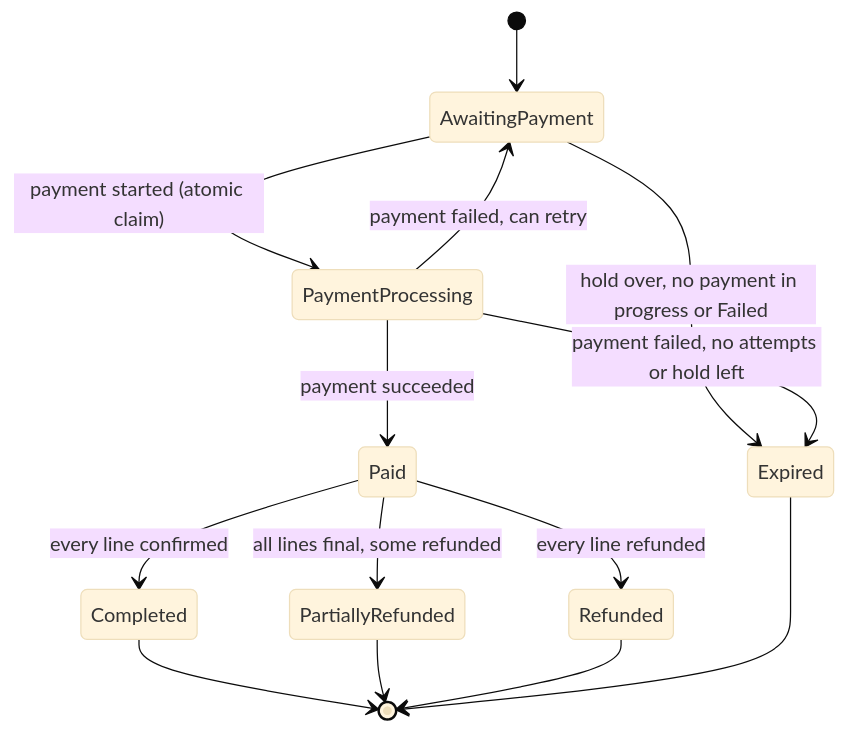
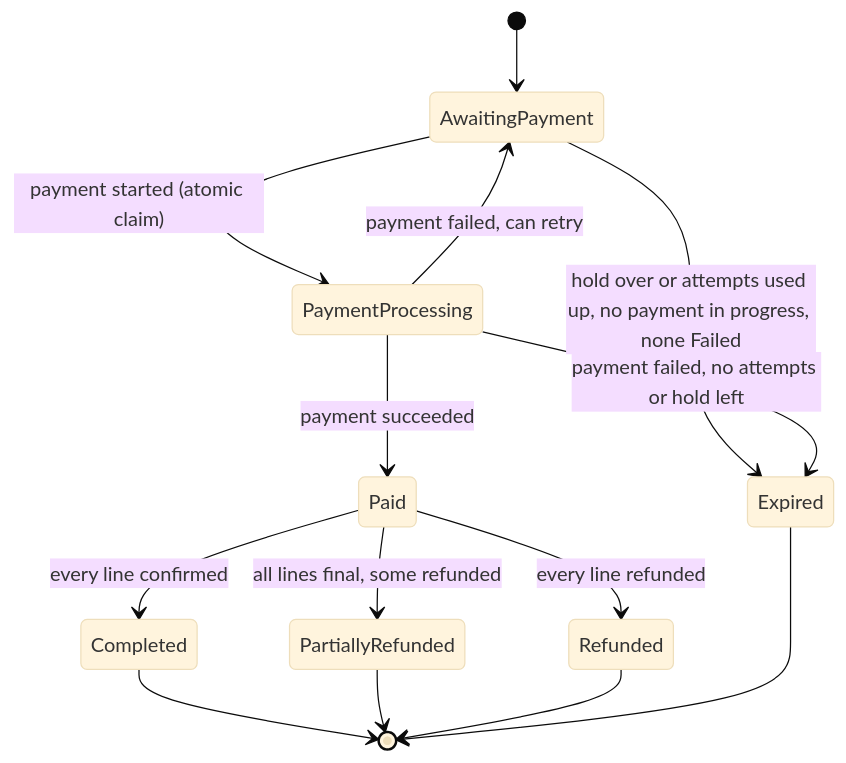
Before and after one commit to popiazaza/lumen-goods: the fourth of 4 diagrams in DESIGN.md, drawn with Mermaid (base theme). The commit also changed 2 other files, not shown here.

Commit message:
docs(orders): the Orders README says what holds an order, Failed included
The README still said a Failed outcome expires the order once the hold or
the attempts run out, that no payment can hold an order forever, and its
expiry steps skipped settling a Failed payment. Failed now has its own row
(AwaitingPayment always, held until the gateway settles it), the unbounded
hold and its warning are stated, and the steps include the gateway check.

The AwaitingPayment to Expired label read "no payment in progress or
Failed", which can be read two ways; it now says "hold over or attempts used
up, no payment in progress, none Failed", in the transition table, the
generated README diagram and DESIGN.md's copy.

````diff
--- a/DESIGN.md
+++ b/DESIGN.md
@@ -181,16 +181,16 @@
 ```mermaid
 stateDiagram-v2
     [*] --> AwaitingPayment
     AwaitingPayment --> PaymentProcessing: payment started (atomic claim)
-    AwaitingPayment --> Expired: hold over, no payment in progress or Failed
+    AwaitingPayment --> Expired: hold over or attempts used up, no payment in progress, none Failed
     PaymentProcessing --> Paid: payment succeeded
     PaymentProcessing --> AwaitingPayment: payment failed, can retry
     PaymentProcessing --> Expired: payment failed, no attempts or hold left
     Paid --> Completed: every line confirmed
     Paid --> PartiallyRefunded: all lines final, some refunded
     Paid --> Refunded: every line refunded
     Completed --> [*]
     PartiallyRefunded --> [*]
     Refunded --> [*]
     Expired --> [*]
 ```
````
